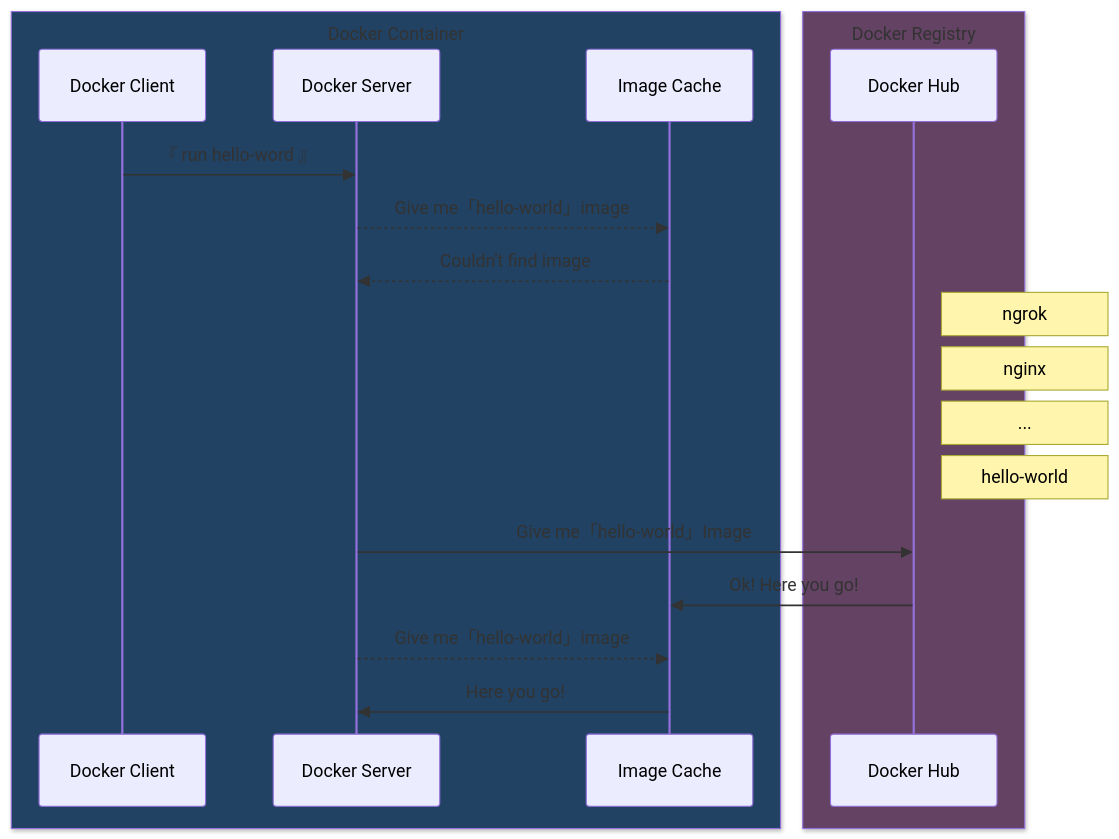
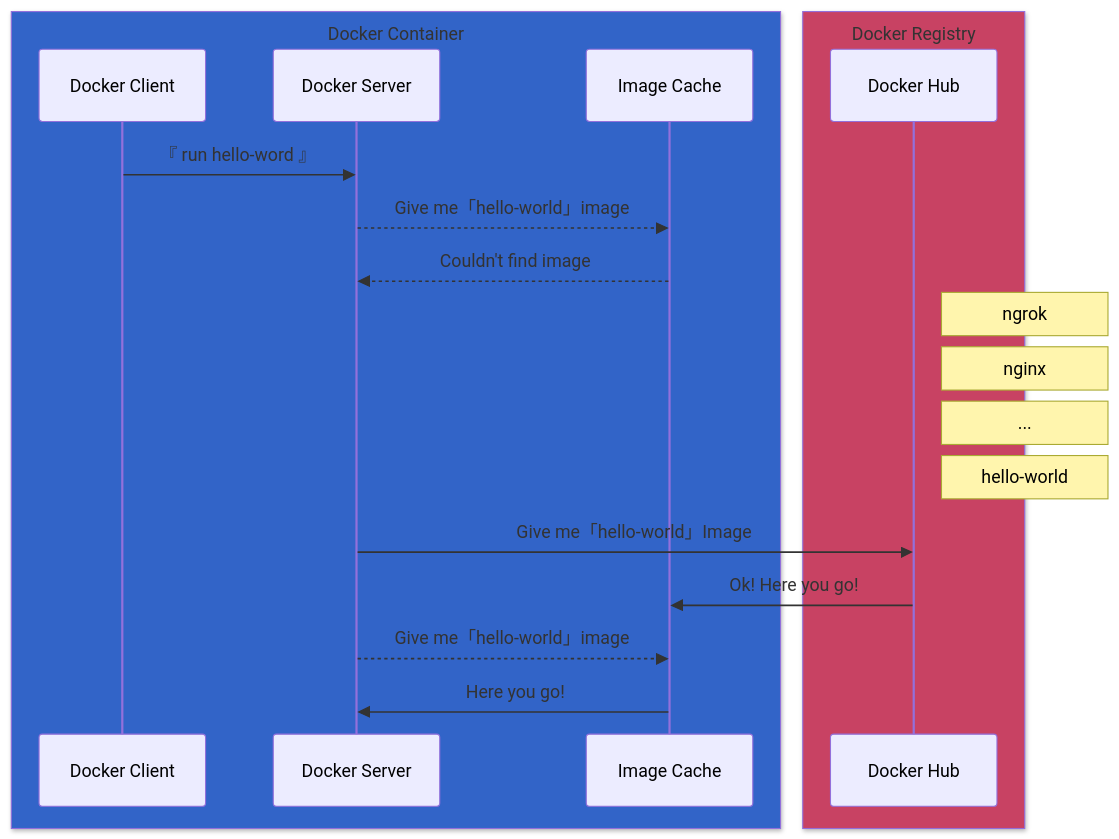
The third of 6 diagrams in Docker/1_why_use_docker.markdown (ChiuWeiChung/notes-markdown), drawn with Mermaid before and after one commit.

Commit message:
style/1_why_use_docker-sequence diagram

````diff
--- a/Docker/1_why_use_docker.markdown
+++ b/Docker/1_why_use_docker.markdown
@@ -142,24 +142,24 @@
 ```mermaid
 sequenceDiagram
-    box rgb(33,66,99) Docker Container
+    box rgb(50,100,200) Docker Container
     participant Docker Client
     participant Docker Server
     participant Image Cache
     end
-    box rgb(100,66,99) Docker Registry
+    box rgb(200,66,99) Docker Registry
     participant Docker Hub
     end
 
     Docker Client->>Docker Server:『 run hello-word 』
     Docker Server-->>Image Cache: Give me「hello-world」image
     Image Cache-->> Docker Server: Couldn't find image
 
     Note right of Docker Hub: ngrok
     Note right of Docker Hub: nginx
     Note right of Docker Hub: ...
     Note right of Docker Hub: hello-world
     Docker Server->>Docker Hub: Give me「hello-world」Image
     Docker Hub->>Image Cache: Ok! Here you go!
     Docker Server-->>Image Cache: Give me「hello-world」image
     Image Cache->>Docker Server: Here you go!
 ```
````
